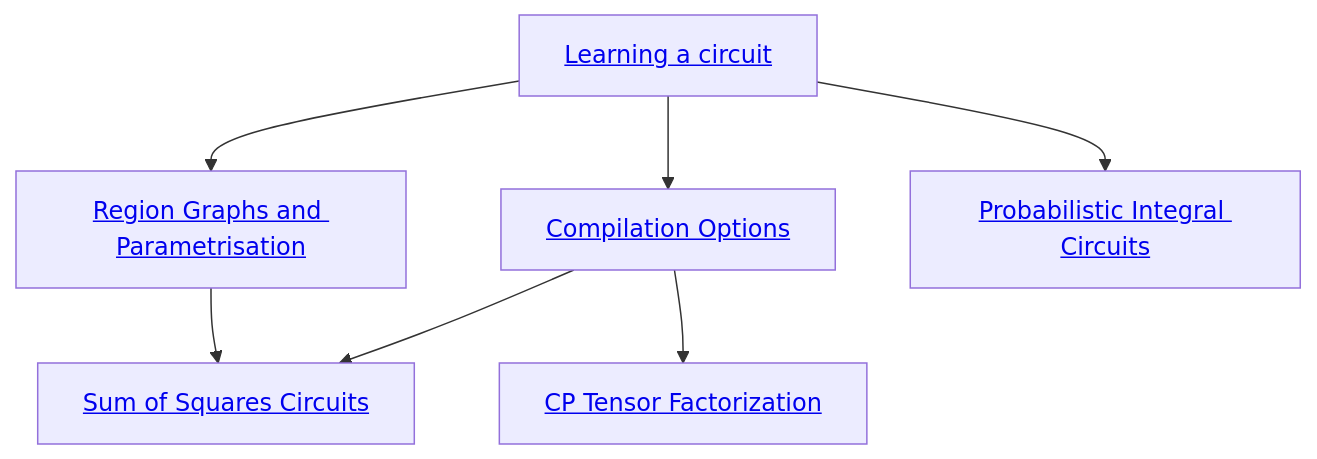
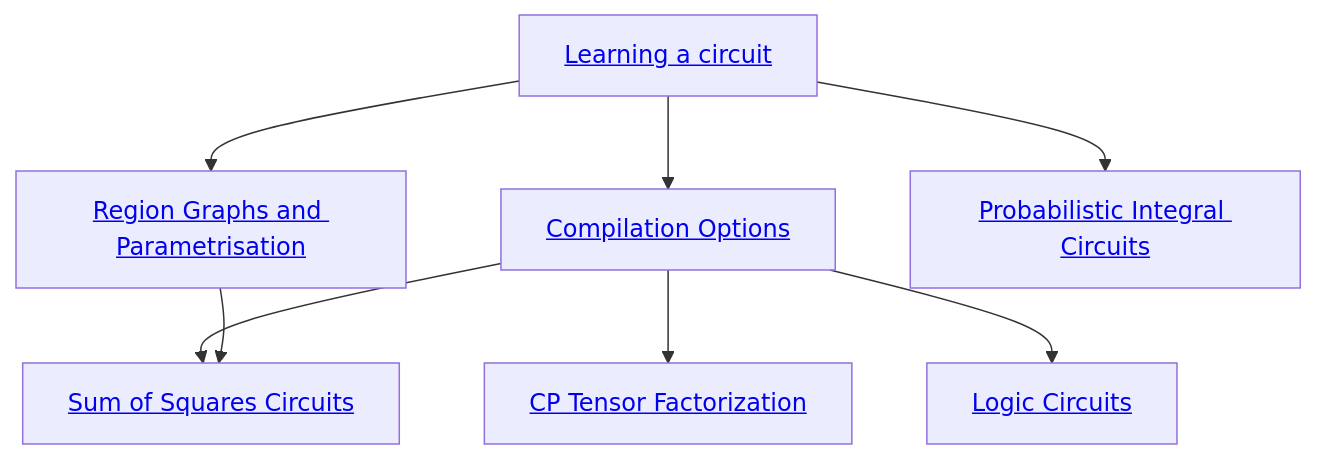
Before and after one commit to april-tools/cirkit: the diagram in notebooks/README.md, drawn with Mermaid.

Commit message:
add logic-circuits notebook in notebooks/README.md

````diff
--- a/notebooks/README.md
+++ b/notebooks/README.md
@@ -15,9 +15,10 @@
 ```mermaid
 graph TD;
     A[<a href='https://github.com/april-tools/cirkit/blob/main/notebooks/learning-a-circuit.ipynb'>Learning a circuit</a>]-->B[<a href='https://github.com/april-tools/cirkit/blob/main/notebooks/compilation-options.ipynb'>Compilation Options</a>];
     A-->C[<a href='https://github.com/april-tools/cirkit/blob/main/notebooks/region-graphs-and-parametrisation.ipynb'>Region Graphs and Parametrisation</a>];
     A-->D[<a href='https://github.com/april-tools/cirkit/blob/main/notebooks/learning-a-circuit-with-pic.ipynb'>Probabilistic Integral Circuits</a>];
     B-->E[<a href='https://github.com/april-tools/cirkit/blob/main/notebooks/sum-of-squares-circuits.ipynb'>Sum of Squares Circuits</a>];
     C-->E;
-    B-->F[<a href='https://github.com/april-tools/cirkit/blob/main/notebooks/compression-cp-factorization.ipynb'>CP Tensor Factorization</a>]
+    B-->F[<a href='https://github.com/april-tools/cirkit/blob/main/notebooks/compression-cp-factorization.ipynb'>CP Tensor Factorization</a>];
+    B-->G[<a href='https://github.com/april-tools/cirkit/blob/main/notebooks/logic-circuits.ipynb'>Logic Circuits</a>]
 ```
````
